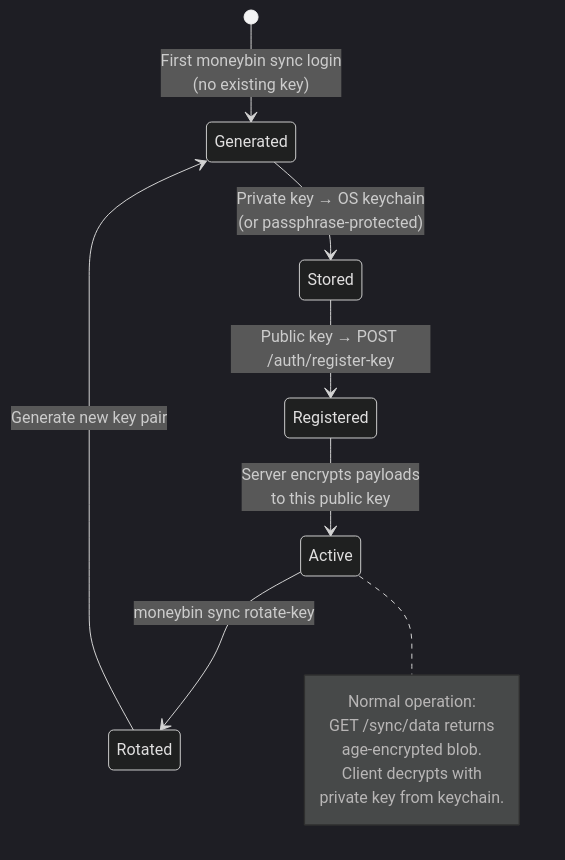
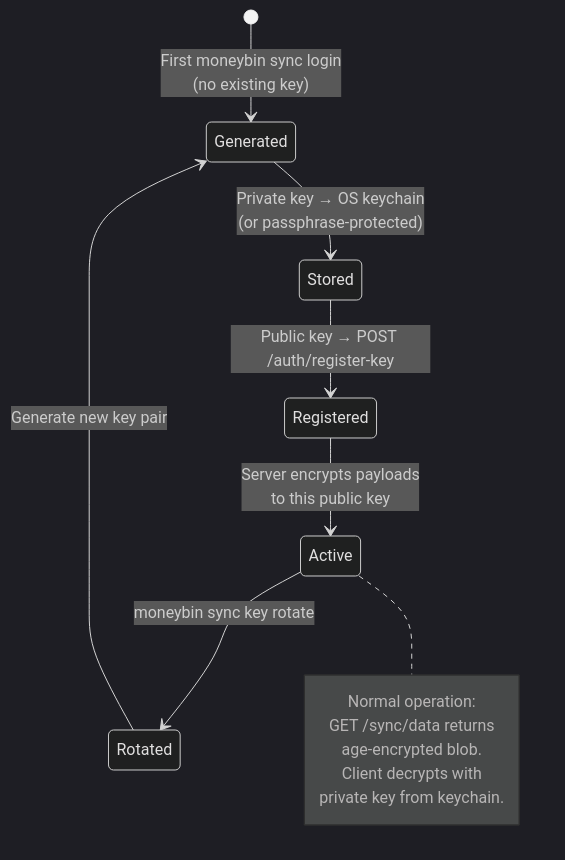
The second of 2 diagrams in docs/specs/sync-overview.md (bsaffel/moneybin), drawn with Mermaid (dark theme) before and after one commit. The commit also changed other lines of this file and 54 other files, not shown here.

````diff
--- a/docs/specs/sync-overview.md
+++ b/docs/specs/sync-overview.md
@@ -375,17 +375,17 @@
 ```mermaid
 stateDiagram-v2
     [*] --> Generated: First moneybin sync login<br/>(no existing key)
     Generated --> Stored: Private key → OS keychain<br/>(or passphrase-protected)
     Stored --> Registered: Public key → POST /auth/register-key
     Registered --> Active: Server encrypts payloads<br/>to this public key
-    Active --> Rotated: moneybin sync rotate-key
+    Active --> Rotated: moneybin sync key rotate
     Rotated --> Generated: Generate new key pair
 
     note right of Active
         Normal operation:
         GET /sync/data returns
         age-encrypted blob.
         Client decrypts with
         private key from keychain.
     end note
 ```
````
